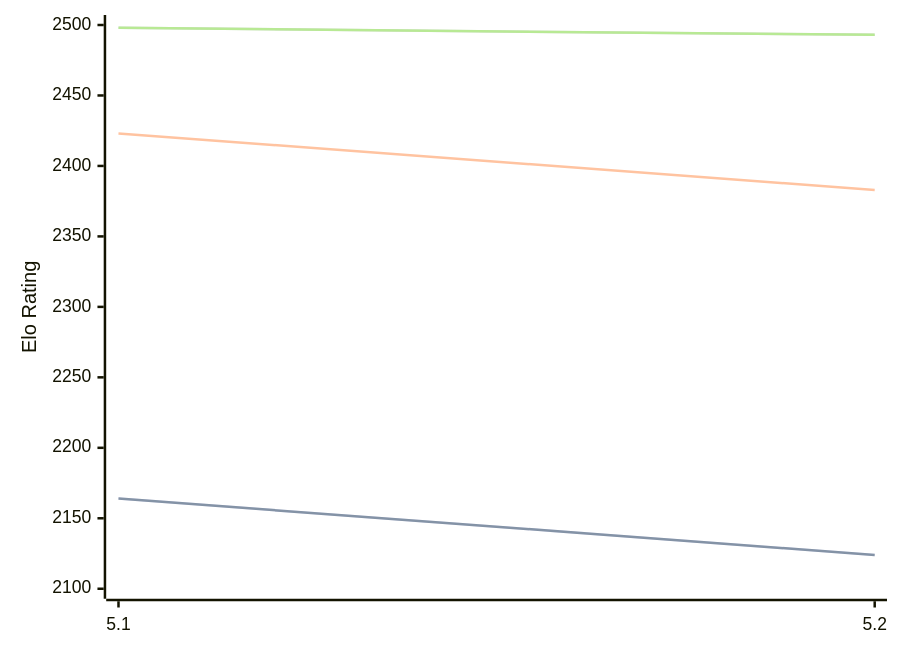
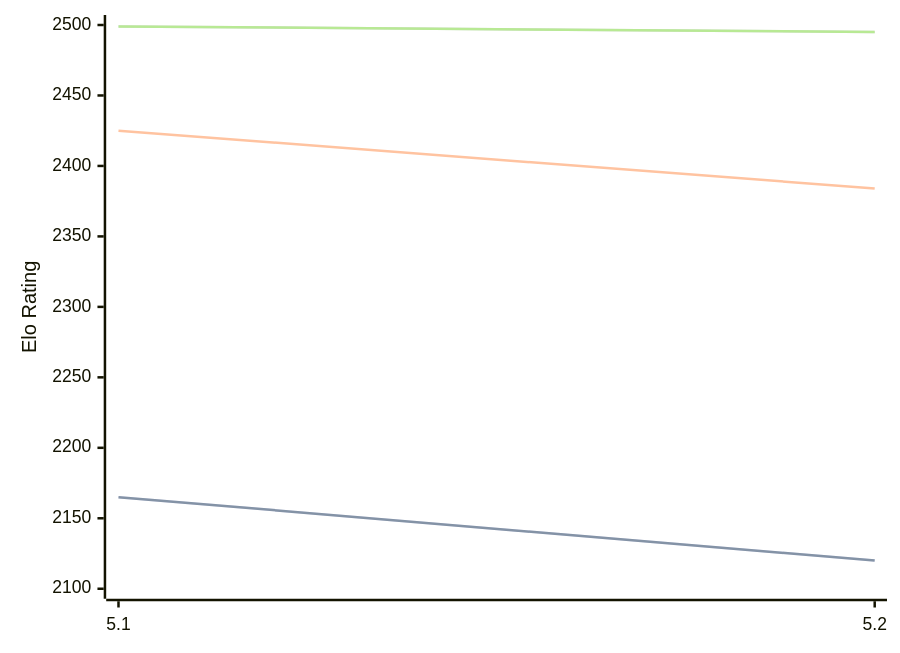
The diagram in engines/Prophet.md (computer-chess-index/cci), drawn with Mermaid before and after one commit. The commit also changed other lines of this file, not shown here.

Commit message:
Update CCI Ratings (ELO VLTC) - 2026-09-01

````diff
--- a/engines/Prophet.md
+++ b/engines/Prophet.md
@@ -32,11 +32,11 @@
 ```mermaid
 %%{init: {"theme":"base","themeVariables":{"seriesColors:['#a3a3a3','#222221','#faa371']}}}%%
 xychart-beta
   x-axis ["5.1", "5.2"]
   y-axis "Elo Rating" 2100 --> 2500
-  line "" [2164, 2124]
-  line "STC (8.0+0.08s)" [2164, 2124]
-  line "LTC (60.0+0.60s)" [2423, 2383]
-  line "" [2498, 2493]
-  line "VLTC (2m24s+1.12s)" [2498, 2493]
+  line "" [2165, 2120]
+  line "STC (8.0+0.08s)" [2165, 2120]
+  line "LTC (60.0+0.60s)" [2425, 2384]
+  line "" [2499, 2495]
+  line "VLTC (2m24s+1.12s)" [2499, 2495]
 ```
````
